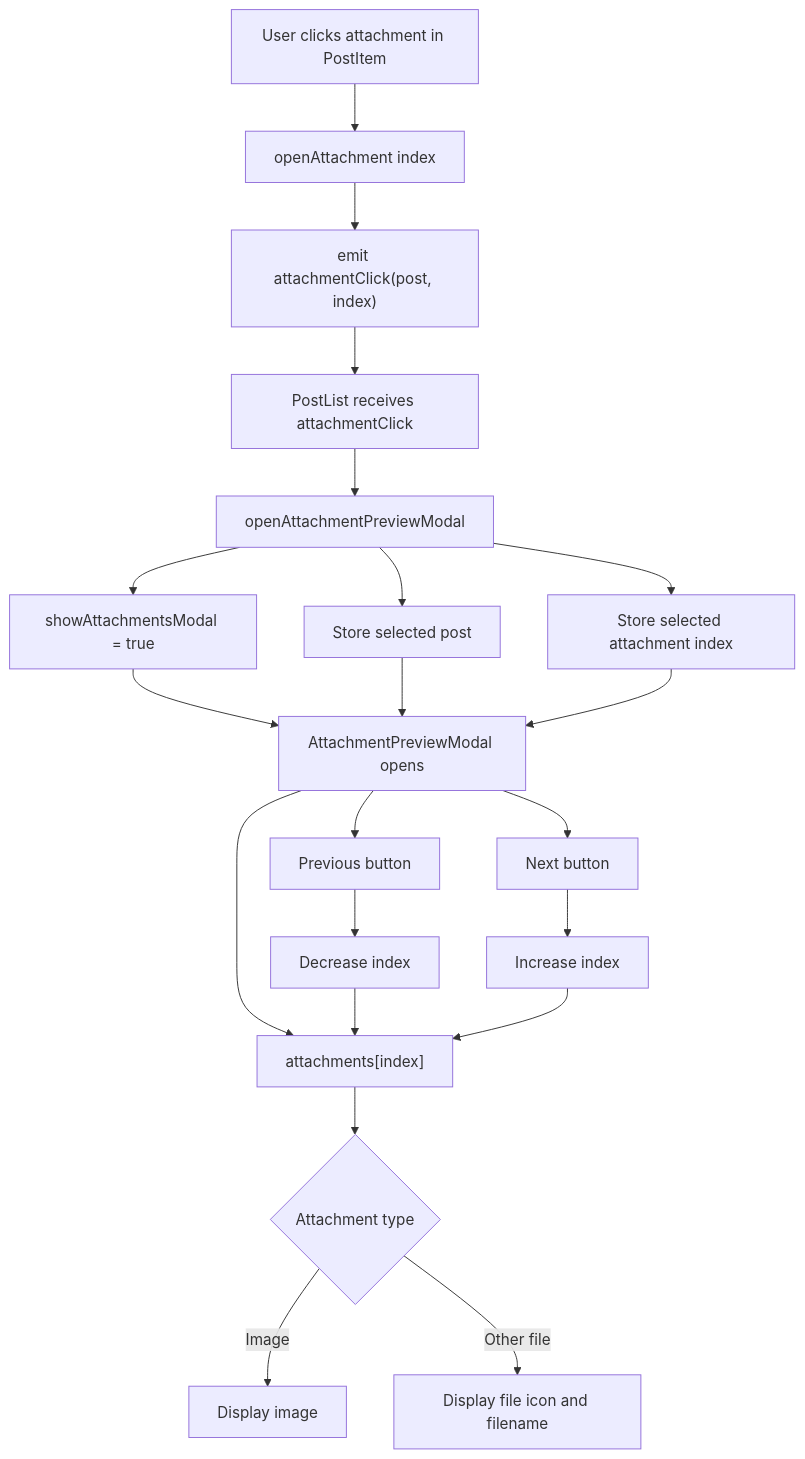
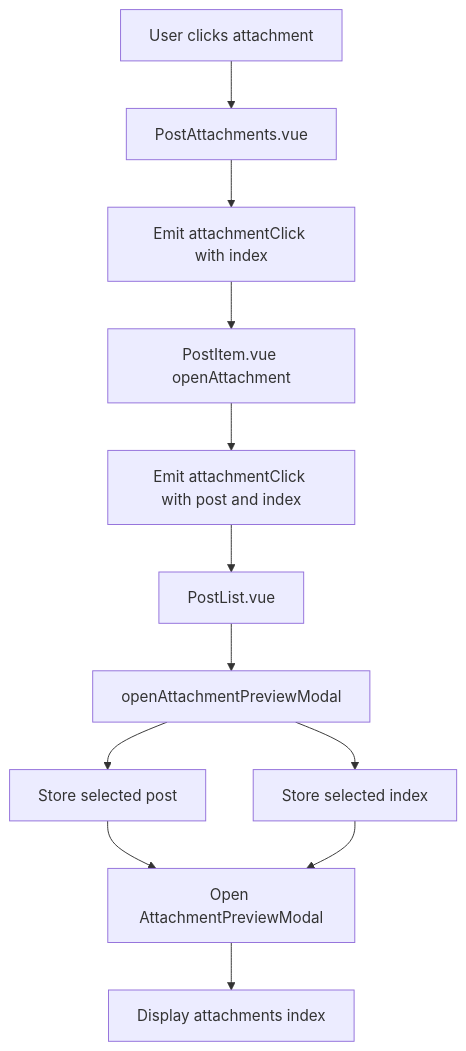
Before and after one commit to Paradox-Work/Poet-Web: the diagram in docs/attachment-preview-flow.md, drawn with Mermaid. The commit also changed other lines of this file, not shown here.

Commit message:
docs: update attachment preview flow

````diff
--- a/docs/attachment-preview-flow.md
+++ b/docs/attachment-preview-flow.md
@@ -9,31 +17,26 @@
 ```mermaid
 flowchart TD
-    A[User clicks attachment in PostItem] --> B[openAttachment index]
-    B --> C["emit attachmentClick(post, index)"]
+    A[User clicks attachment]
+    B[PostAttachments.vue]
+    C[Emit attachmentClick with index]
+    D[PostItem.vue openAttachment]
+    E[Emit attachmentClick with post and index]
+    F[PostList.vue]
+    G[openAttachmentPreviewModal]
+    H[Store selected post]
+    I[Store selected index]
+    J[Open AttachmentPreviewModal]
+    K[Display attachments index]
 
-    C --> D[PostList receives attachmentClick]
-    D --> E[openAttachmentPreviewModal]
-    E --> F[Store selected post]
-    E --> G[Store selected attachment index]
-    E --> H[showAttachmentsModal = true]
-
-    H --> I[AttachmentPreviewModal opens]
-
-    F --> I
+    A --> B
+    B --> C
+    C --> D
+    D --> E
+    E --> F
+    F --> G
+    G --> H
     G --> I
-
-    I --> J["attachments[index]"]
-    J --> K{Attachment type}
-
-    K -->|Image| L[Display image]
-    K -->|Other file| M[Display file icon and filename]
-
-    I --> N[Previous button]
-    I --> O[Next button]
-
-    N --> P[Decrease index]
-    O --> Q[Increase index]
-
-    P --> J
-    Q --> J
+    H --> J
+    I --> J
+    J --> K
 ```
````
